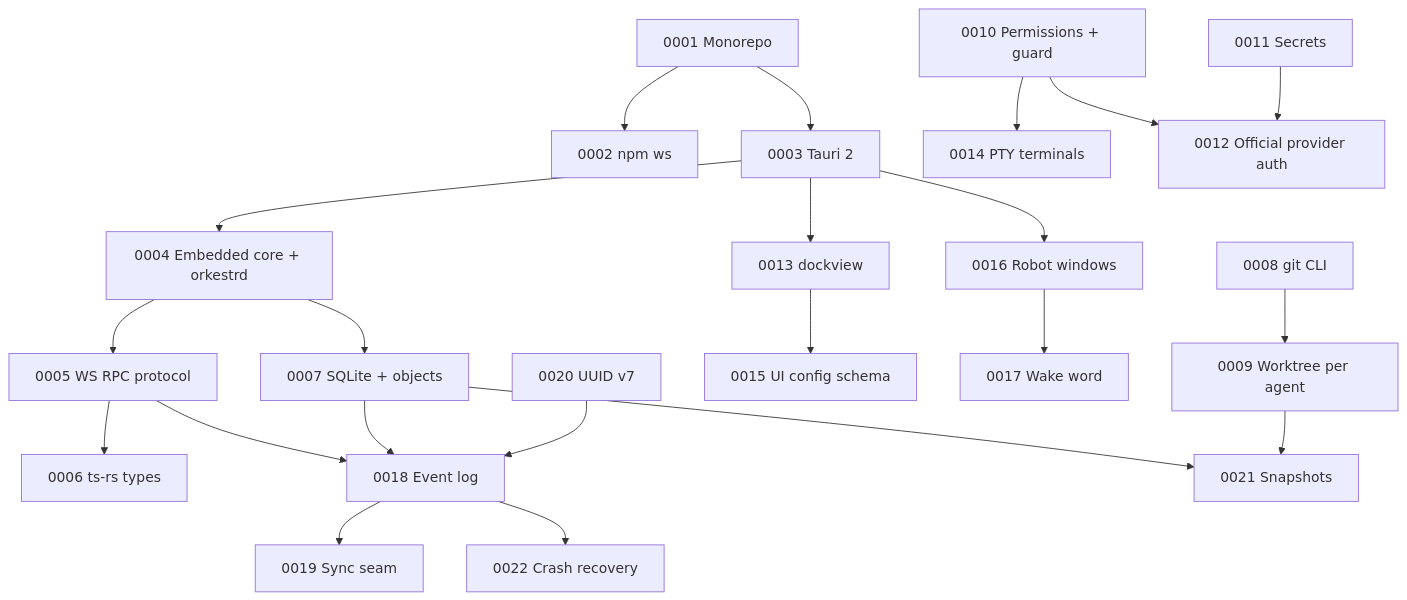
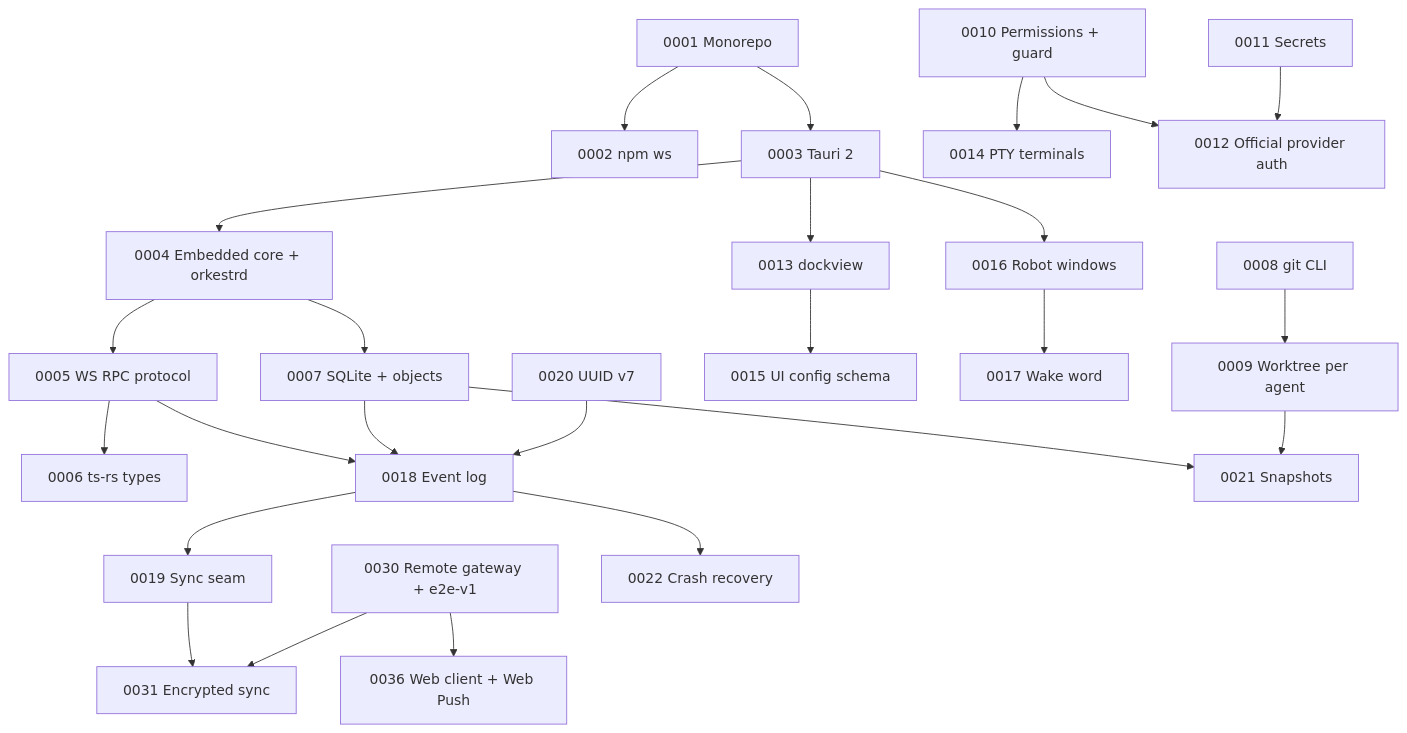
The diagram in docs/adr/README.md (farrukhnosirov/orkestr), drawn with Mermaid before and after one commit. The commit also changed other lines of this file and 4 other files, not shown here.

First line of the commit message:
Docs: Phase 4 status, ADR index, README remote access + sync guide, mind01

````diff
--- a/docs/adr/README.md
+++ b/docs/adr/README.md
@@ -65,24 +68,27 @@
 ```mermaid
 flowchart TB
   A1[0001 Monorepo] --> A2[0002 npm ws]
   A1 --> A3[0003 Tauri 2]
   A3 --> A4["0004 Embedded core + orkestrd"]
   A4 --> A5[0005 WS RPC protocol]
   A5 --> A6[0006 ts-rs types]
   A5 --> A18[0018 Event log]
   A4 --> A7["0007 SQLite + objects"]
   A7 --> A18
   A7 --> A21[0021 Snapshots]
   A8[0008 git CLI] --> A9[0009 Worktree per agent]
   A9 --> A21
   A10["0010 Permissions + guard"] --> A14[0014 PTY terminals]
   A10 --> A12[0012 Official provider auth]
   A11[0011 Secrets] --> A12
   A3 --> A13[0013 dockview]
   A13 --> A15[0015 UI config schema]
   A3 --> A16[0016 Robot windows]
   A16 --> A17[0017 Wake word]
   A18 --> A19[0019 Sync seam]
+  A19 --> A31[0031 Encrypted sync]
+  A30[0030 Remote gateway + e2e-v1] --> A36[0036 Web client + Web Push]
+  A30 --> A31
   A18 --> A22[0022 Crash recovery]
   A20[0020 UUID v7] --> A18
 ```
````
